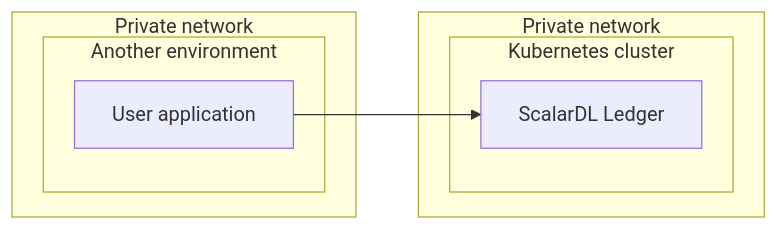
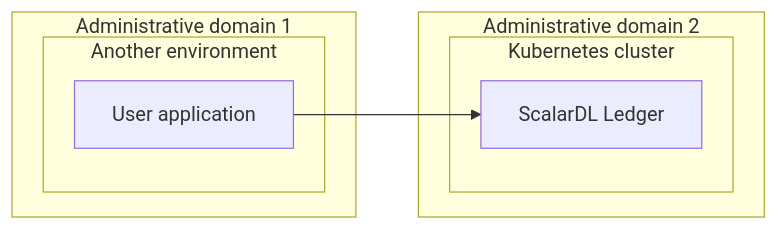
Before and after one commit to scalar-labs/scalar-kubernetes: the first of 2 diagrams in docs/ProductionChecklistForScalarDLLedger.md, drawn with Mermaid. The commit also changed other lines of this file and 1 other file, not shown here.

Commit message:
Update description about administrative domains

````diff
--- a/docs/ProductionChecklistForScalarDLLedger.md
+++ b/docs/ProductionChecklistForScalarDLLedger.md
@@ -62,14 +62,14 @@
 ```mermaid
 graph LR
-  subgraph "Private network"
+  subgraph "Administrative domain 1"
     subgraph "Another environment"
       A-1[User application]
     end
   end
-  subgraph "Private network"
+  subgraph "Administrative domain 2"
     subgraph "Kubernetes cluster"
       B-1[ScalarDL Ledger]
     end
   end
   A-1 --> B-1
 ```
````
